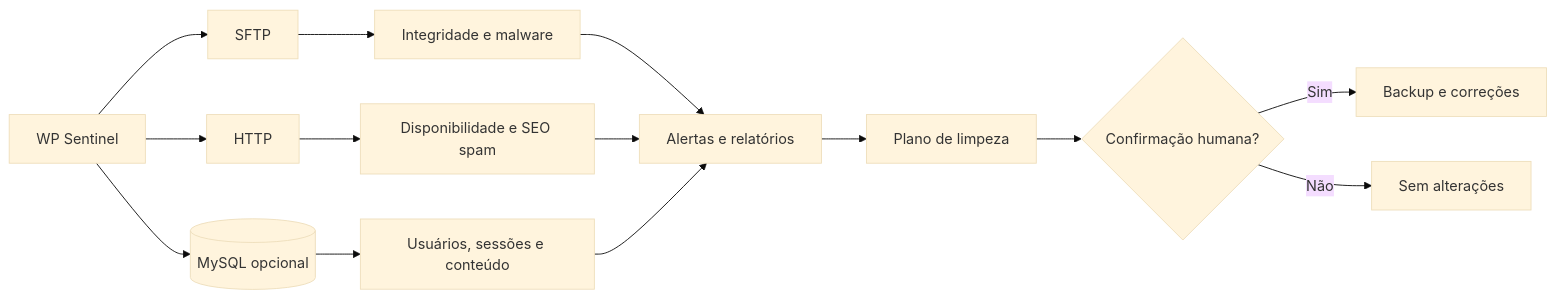
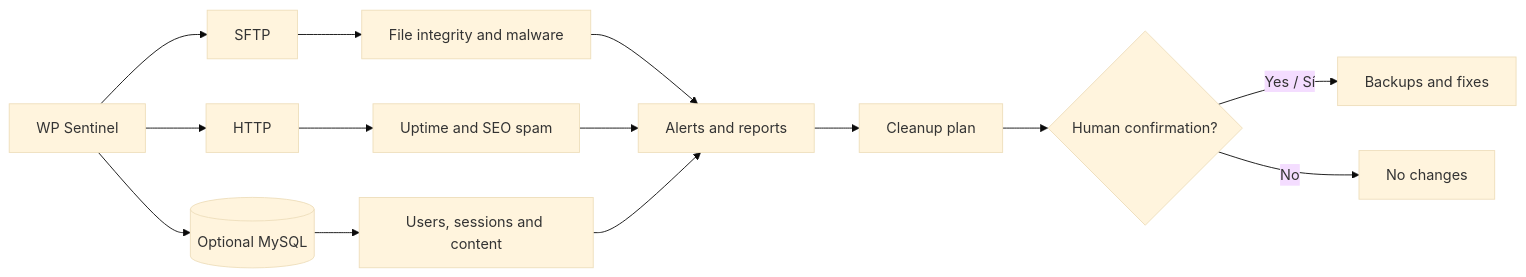
One commit to leccorside/WPSentinel changed the diagram in README.md. Above: the diagram before and after it, drawn with Mermaid (base theme). The commit also changed other lines of this file and 2 other files, not shown here.

````diff
--- a/README.md
+++ b/README.md
@@ -56,16 +61,16 @@
 ```mermaid
 flowchart LR
     A[WP Sentinel] --> B[SFTP]
     A --> C[HTTP]
-    A --> D[(MySQL opcional)]
-    B --> E[Integridade e malware]
-    C --> F[Disponibilidade e SEO spam]
-    D --> G[Usuários, sessões e conteúdo]
-    E --> H[Alertas e relatórios]
+    A --> D[(Optional MySQL)]
+    B --> E["File integrity and malware"]
+    C --> F["Uptime and SEO spam"]
+    D --> G["Users, sessions and content"]
+    E --> H["Alerts and reports"]
     F --> H
     G --> H
-    H --> I[Plano de limpeza]
-    I --> J{Confirmação humana?}
-    J -->|Sim| K[Backup e correções]
-    J -->|Não| L[Sem alterações]
+    H --> I["Cleanup plan"]
+    I --> J{"Human confirmation?"}
+    J -->|Yes / Sí| K["Backups and fixes"]
+    J -->|No| L["No changes"]
 ```
````
